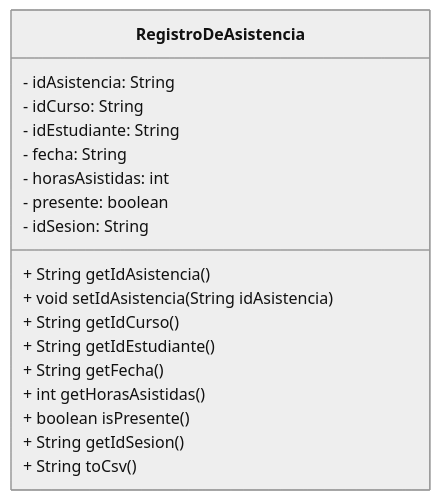
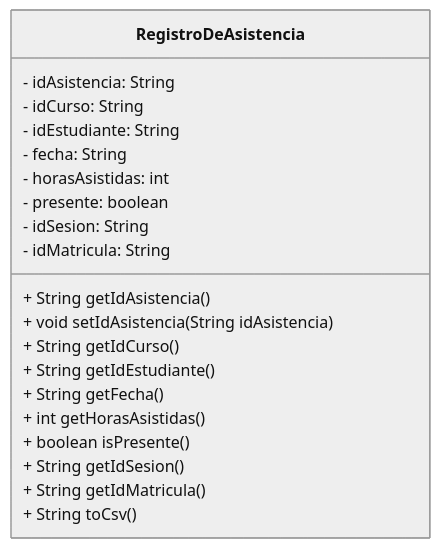
The diagram in docs/models/RegistroDeAsistencia.mmd (Aireck2/take-attendance-java), drawn with Mermaid (neutral theme) before and after one commit. The commit also changed 10 other files, not shown here.

Commit message:
docs(docs): update class diagrams

```diff
--- a/docs/models/RegistroDeAsistencia.mmd
+++ b/docs/models/RegistroDeAsistencia.mmd
@@ -1,19 +1,21 @@
 classDiagram
         class RegistroDeAsistencia {
             - idAsistencia: String
             - idCurso: String
             - idEstudiante: String
             - fecha: String
             - horasAsistidas: int
             - presente: boolean
             - idSesion: String
+            - idMatricula: String
             + String getIdAsistencia()
             + void setIdAsistencia(String idAsistencia)
             + String getIdCurso()
             + String getIdEstudiante()
             + String getFecha()
             + int getHorasAsistidas()
             + boolean isPresente()
             + String getIdSesion()
+            + String getIdMatricula()
             + String toCsv()
     }
```
